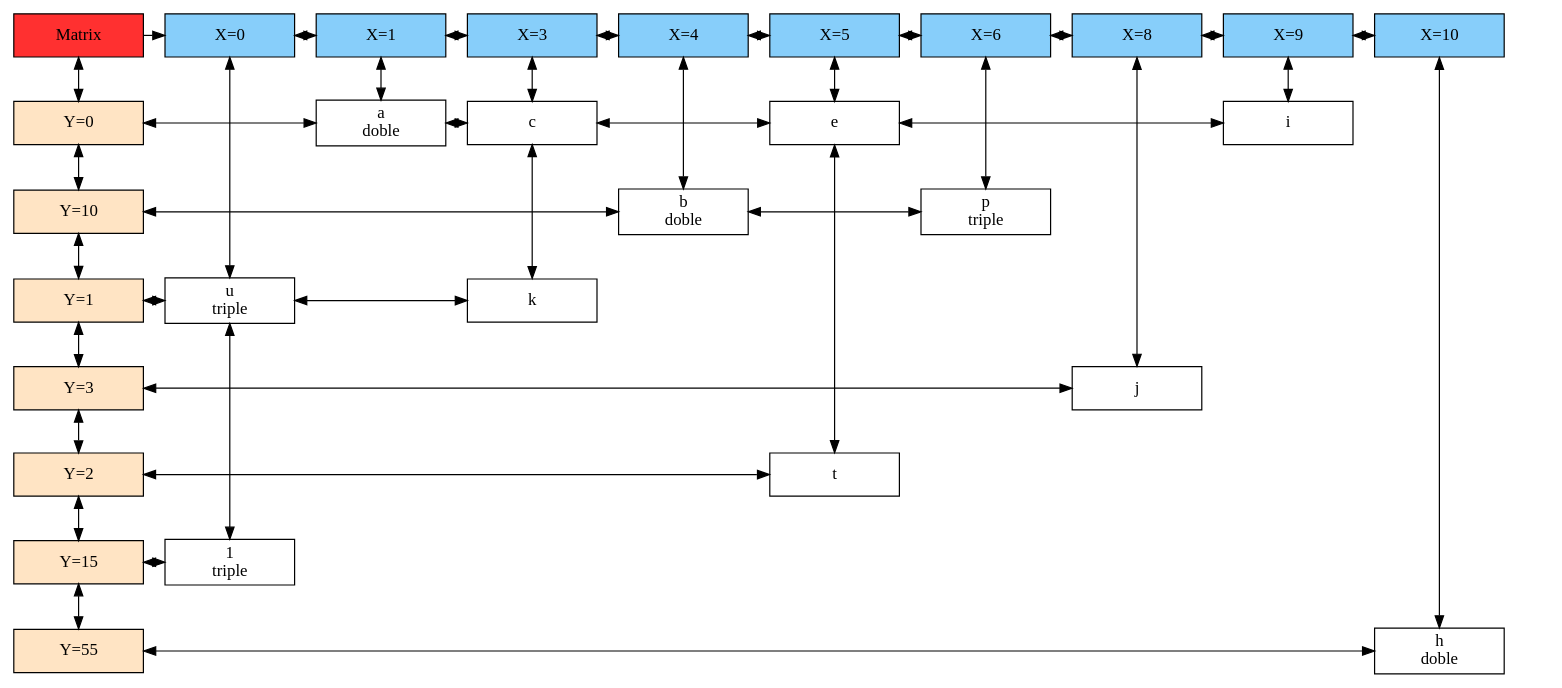
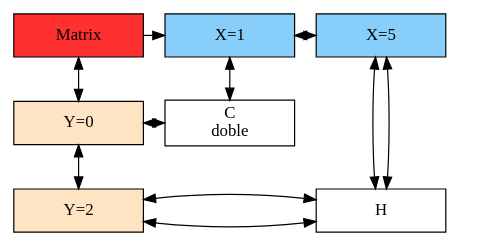
Before and after one commit to elJuanjoRamos/EDD_1S2020_PY1_201801262: the diagram in EDD_Proyecto1/EDD_Proyecto1/Matrix.dot, drawn with Graphviz. The commit also changed 26 other files, not shown here.

```diff
--- a/EDD_Proyecto1/EDD_Proyecto1/Matrix.dot
+++ b/EDD_Proyecto1/EDD_Proyecto1/Matrix.dot
@@ -1,89 +1,29 @@
 digraph Sparce_Matrix { 
  node [shape=box]
 	Mt[ label = "Matrix", width = 1.5, style = filled, fillcolor = firebrick1, group = 1 ];
 	e0[ shape = point, width = 0 ];
 e1[shape = point, width = 0];
-Nodox17 [label = "X=0" width = 1.5 style = filled, fillcolor = lightskyblue, group =17];
-Nodox2 [label = "X=1" width = 1.5 style = filled, fillcolor = lightskyblue, group =2];
-Nodox11 [label = "X=3" width = 1.5 style = filled, fillcolor = lightskyblue, group =11];
-Nodox5 [label = "X=4" width = 1.5 style = filled, fillcolor = lightskyblue, group =5];
-Nodox13 [label = "X=5" width = 1.5 style = filled, fillcolor = lightskyblue, group =13];
-Nodox26 [label = "X=6" width = 1.5 style = filled, fillcolor = lightskyblue, group =26];
-Nodox20 [label = "X=8" width = 1.5 style = filled, fillcolor = lightskyblue, group =20];
-Nodox15 [label = "X=9" width = 1.5 style = filled, fillcolor = lightskyblue, group =15];
-Nodox8 [label = "X=10"width = 1.5 style = filled, fillcolor = lightskyblue, group =8];
+Nodox2 [label = "X=5"width = 1.5 style = filled, fillcolor = lightskyblue, group =2];
 Nodoy3->Nodoy4[constraint=false, dir=both];
-Nodoy4->Nodoy12[constraint=false, dir=both];
-Nodoy12->Nodoy14[constraint=false, dir=both];
-Nodoy14->Nodoy16[constraint=false, dir=both];
+Nodox5 [label = "X=1" width = 1.5 style = filled, fillcolor = lightskyblue, group =5];
+Nodox2 [label = "X=5"width = 1.5 style = filled, fillcolor = lightskyblue, group =2];
 Nodoy6->Nodoy7[constraint=false, dir=both];
-Nodoy7->Nodoy27[constraint=false, dir=both];
-Nodoy18->Nodoy19[constraint=false, dir=both];
-Nodoy19->Nodoy23[constraint=false, dir=both];
-Nodoy21->Nodoy22[constraint=false, dir=both];
-Nodoy24->Nodoy25[constraint=false, dir=both];
-Nodoy28->Nodoy29[constraint=false, dir=both];
-Nodoy9->Nodoy10[constraint=false, dir=both];
-Nodoy3 [label = "Y=0" width = 1.5 style = filled, fillcolor = bisque1, group = 1  ];
-Nodoy6 [label = "Y=10" width = 1.5 style = filled, fillcolor = bisque1, group = 1  ];
-Nodoy18 [label = "Y=1" width = 1.5 style = filled, fillcolor = bisque1, group = 1  ];
-Nodoy21 [label = "Y=3" width = 1.5 style = filled, fillcolor = bisque1, group = 1  ];
-Nodoy24 [label = "Y=2" width = 1.5 style = filled, fillcolor = bisque1, group = 1  ];
-Nodoy28 [label = "Y=15" width = 1.5 style = filled, fillcolor = bisque1, group = 1  ];
-Nodoy9 [label = "Y=55"width = 1.5 style = filled, fillcolor = bisque1, group = 1  ];
-Nodox17->Nodoy19[dir=both]
-Nodoy19->Nodoy29[dir=both];
+Nodoy3->Nodoy4[constraint=false, dir=both];
+Nodoy3 [label = "Y=2"width = 1.5 style = filled, fillcolor = bisque1, group = 1  ];
 Nodox2->Nodoy4[dir=both]
-Nodox11->Nodoy12[dir=both]
-Nodoy12->Nodoy23[dir=both];
+Nodoy6 [label = "Y=0" width = 1.5 style = filled, fillcolor = bisque1, group = 1  ];
+Nodoy3 [label = "Y=2"width = 1.5 style = filled, fillcolor = bisque1, group = 1  ];
 Nodox5->Nodoy7[dir=both]
-Nodox13->Nodoy14[dir=both]
-Nodoy14->Nodoy25[dir=both];
-Nodox26->Nodoy27[dir=both]
-Nodox20->Nodoy22[dir=both]
-Nodox15->Nodoy16[dir=both]
-Nodox8->Nodoy10[dir=both]
-Mt->Nodox17;
-Nodox17->Nodox2[dir=both];
-Nodox2->Nodox11[dir=both];
-Nodox11->Nodox5[dir=both];
-Nodox5->Nodox13[dir=both];
-Nodox13->Nodox26[dir=both];
-Nodox26->Nodox20[dir=both];
-Nodox20->Nodox15[dir=both];
-Nodox15->Nodox8[dir=both];
-Mt->Nodoy3[dir=both];
-Nodoy3->Nodoy6[dir=both];
-Nodoy6->Nodoy18[dir=both];
-Nodoy18->Nodoy21[dir=both];
-Nodoy21->Nodoy24[dir=both];
-Nodoy24->Nodoy28[dir=both];
-Nodoy28->Nodoy9[dir=both];
- { rank = same; Mt; Nodox17; Nodox2; Nodox11; Nodox5; Nodox13; Nodox26; Nodox20; Nodox15; Nodox8}
-Nodoy3[label = "Y=0" width = 1.5, group = 1];
-Nodoy4[label = "a\n doble" width = 1.5, group = 2];
-Nodoy12[label = "c" width = 1.5, group = 11];
-Nodoy14[label = "e" width = 1.5, group = 13];
-Nodoy16[label = "i" width = 1.5, group = 15];
-Nodoy6[label = "Y=10" width = 1.5, group = 1];
-Nodoy7[label = "b\n doble" width = 1.5, group = 5];
-Nodoy27[label = "p\n triple" width = 1.5, group = 26];
-Nodoy18[label = "Y=1" width = 1.5, group = 1];
-Nodoy19[label = "u\n triple" width = 1.5, group = 17];
-Nodoy23[label = "k" width = 1.5, group = 11];
-Nodoy21[label = "Y=3" width = 1.5, group = 1];
-Nodoy22[label = "j" width = 1.5, group = 20];
-Nodoy24[label = "Y=2" width = 1.5, group = 1];
-Nodoy25[label = "t" width = 1.5, group = 13];
-Nodoy28[label = "Y=15" width = 1.5, group = 1];
-Nodoy29[label = "1\n triple" width = 1.5, group = 17];
-Nodoy9[label = "Y=55" width = 1.5, group = 1];
-Nodoy10[label = "h\n doble" width = 1.5, group = 8];
-{rank= same; Nodoy3;Nodoy4;Nodoy12;Nodoy14;Nodoy16}
- {rank=same;Nodoy6;Nodoy7;Nodoy27}
- {rank=same;Nodoy18;Nodoy19;Nodoy23}
- {rank=same;Nodoy21;Nodoy22}
- {rank=same;Nodoy24;Nodoy25}
- {rank=same;Nodoy28;Nodoy29}
- {rank=same;Nodoy9;Nodoy10}
+Nodox2->Nodoy4[dir=both]
+Mt->Nodox5;
+Nodox5->Nodox2[dir=both];
+Mt->Nodoy6[dir=both];
+Nodoy6->Nodoy3[dir=both];
+ { rank = same; Mt; Nodox5; Nodox2}
+Nodoy6[label = "Y=0" width = 1.5, group = 1];
+Nodoy7[label = "C\n doble" width = 1.5, group = 5];
+Nodoy3[label = "Y=2" width = 1.5, group = 1];
+Nodoy4[label = "H" width = 1.5, group = 2];
+{rank= same; Nodoy6;Nodoy7}
+ {rank=same;Nodoy3;Nodoy4}
 }
```
